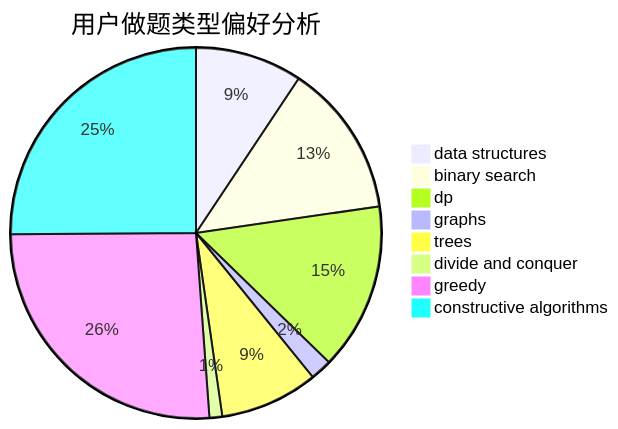
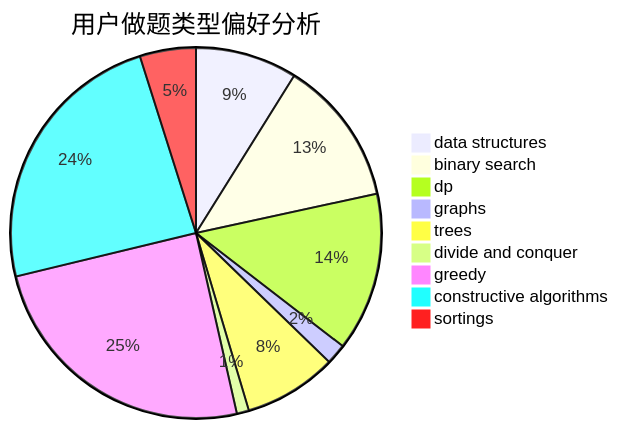
One commit to sherpahu/cfrs.github.io changed the second of 3 diagrams in docs/user/u139.md. Above: the diagram before and after it, drawn with Mermaid. The commit also changed other lines of this file and 2769 other files, not shown here.

````diff
--- a/docs/user/u139.md
+++ b/docs/user/u139.md
@@ -23,11 +18,12 @@
 ```mermaid
 pie title 用户做题类型偏好分析
     "data structures" :  109
     "binary search" :  156
     "dp" :  170
     "graphs" :  22
     "trees" :  100
     "divide and conquer" :  13
     "greedy" :  304
     "constructive algorithms" :  293
+    "sortings" :  60
 ```
````
